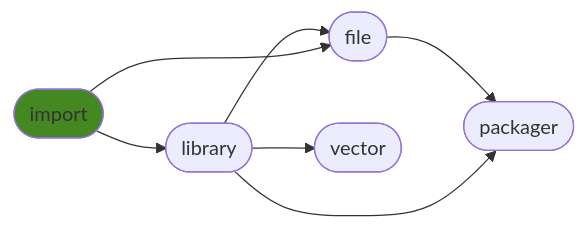
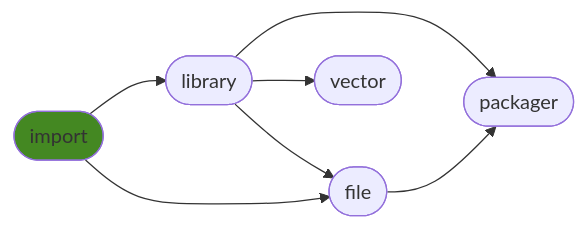
Before and after one commit to ManderaGeneral/generalimport: the diagram in README.md, drawn with Mermaid. The commit also changed other lines of this file, not shown here.

````diff
--- a/README.md
+++ b/README.md
@@ -28,15 +28,15 @@
 ```mermaid
 flowchart LR
-2([file]) --> 4([packager])
-1([library]) --> 2([file])
+1([library]) --> 4([packager])
 0([import]) --> 1([library])
 1([library]) --> 3([vector])
-1([library]) --> 4([packager])
+1([library]) --> 2([file])
+2([file]) --> 4([packager])
 0([import]) --> 2([file])
 click 0 "https://github.com/ManderaGeneral/generalimport"
 click 1 "https://github.com/ManderaGeneral/generallibrary"
 click 2 "https://github.com/ManderaGeneral/generalfile"
 click 3 "https://github.com/ManderaGeneral/generalvector"
 click 4 "https://github.com/ManderaGeneral/generalpackager"
 style 0 fill:#482
 ```
````
